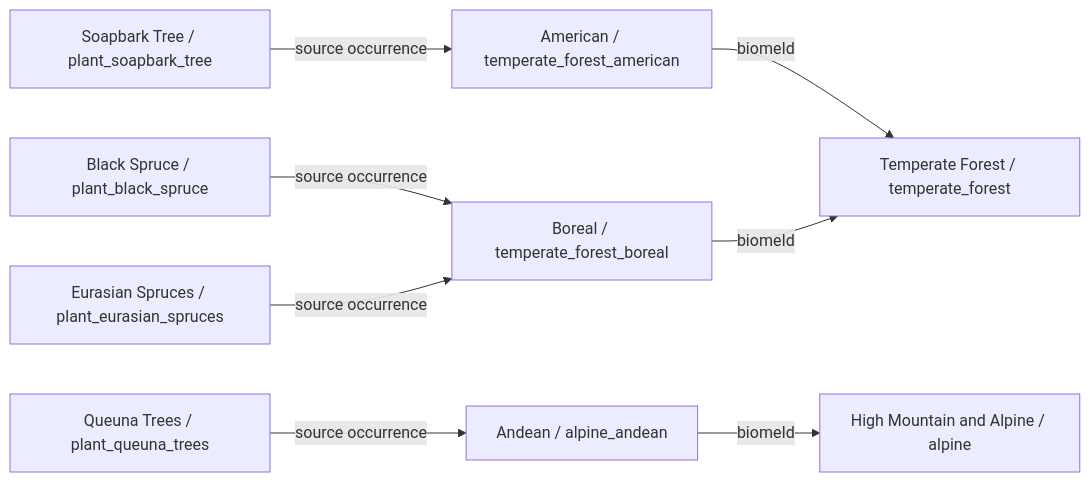
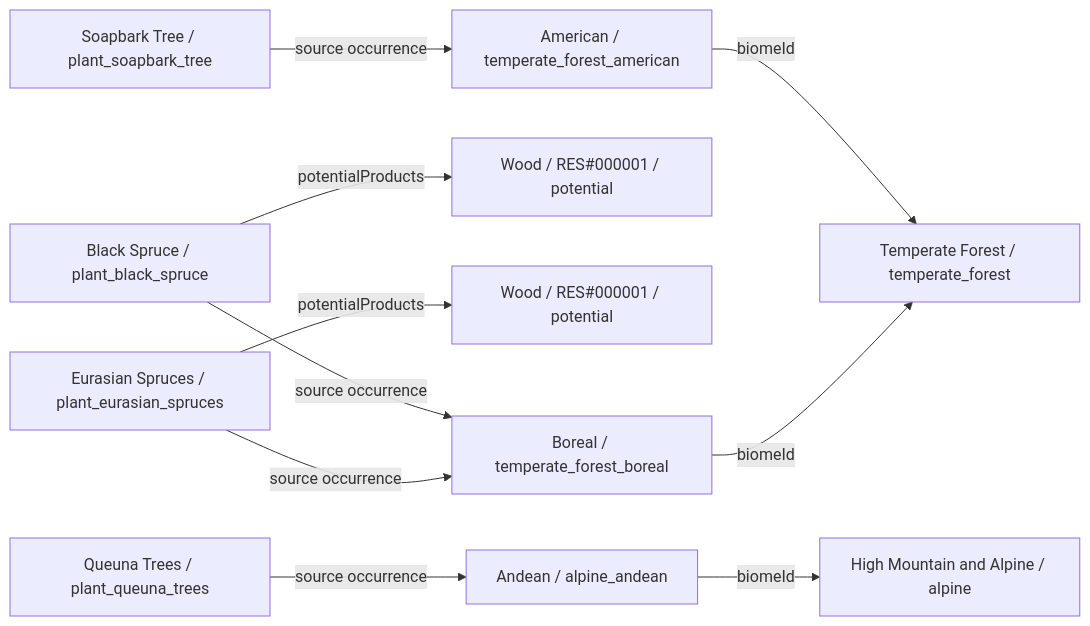
One commit to fgabo404/EvolveDoc changed diagram 26 of 39 in data/plants/DIAGRAMS.md. Above: the diagram before and after it, drawn with Mermaid. The commit also changed other lines of this file and 50 other files, not shown here.

````diff
--- a/data/plants/DIAGRAMS.md
+++ b/data/plants/DIAGRAMS.md
@@ -773,19 +797,23 @@
 ```mermaid
 flowchart LR
     c0["Black Spruce / plant_black_spruce"]
     v7["Boreal / temperate_forest_boreal"]
     b1["Temperate Forest / temperate_forest"]
+    o0_0["Wood / RES#000001 / potential"]
     c1["Eurasian Spruces / plant_eurasian_spruces"]
+    o1_0["Wood / RES#000001 / potential"]
     c2["Queuna Trees / plant_queuna_trees"]
     v23["Andean / alpine_andean"]
     b6["High Mountain and Alpine / alpine"]
     c3["Soapbark Tree / plant_soapbark_tree"]
     v5["American / temperate_forest_american"]
+    c0 -->|potentialProducts| o0_0
     c0 -->|source occurrence| v7
+    c1 -->|potentialProducts| o1_0
     c1 -->|source occurrence| v7
     c2 -->|source occurrence| v23
     c3 -->|source occurrence| v5
     v23 -->|biomeId| b6
     v5 -->|biomeId| b1
     v7 -->|biomeId| b1
 ```
````
